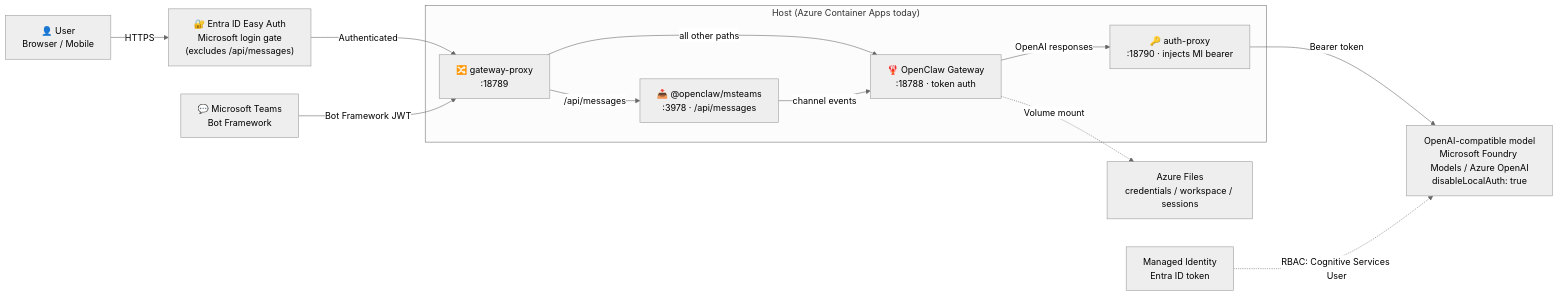
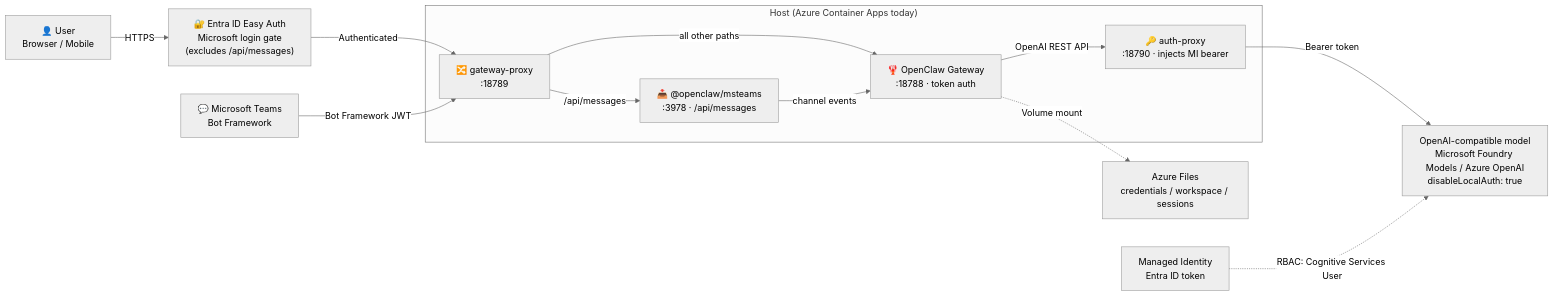
One commit to microsoft/openclaw-dev changed the diagram in README.md. Above: the diagram before and after it, drawn with Mermaid (neutral theme).

Commit message:
docs: mermaid model edge reads "OpenAI REST API", not "responses"
The README architecture mermaid diagram labeled the gateway -> auth-proxy
edge "OpenAI responses". The model is reached over the OpenAI-compatible
REST API (Chat Completions today), so this generalizes the label to
"OpenAI REST API", matching the fixed docs/architecture-sandbox.svg.

````diff
--- a/README.md
+++ b/README.md
@@ -104,26 +104,26 @@
 ```mermaid
 graph LR
     User["👤 User<br/>Browser / Mobile"]
     Teams["💬 Microsoft Teams<br/>Bot Framework"]
     EasyAuth["🔐 Entra ID Easy Auth<br/>Microsoft login gate<br/>(excludes /api/messages)"]
     subgraph Host["Host (Azure Container Apps today)"]
         Proxy["🔀 gateway-proxy<br/>:18789"]
         GW["🦞 OpenClaw Gateway<br/>:18788 · token auth"]
         MST["📥 @openclaw/msteams<br/>:3978 · /api/messages"]
         Auth["🔑 auth-proxy<br/>:18790 · injects MI bearer"]
     end
     AOAI["OpenAI-compatible model<br/>Microsoft Foundry Models / Azure OpenAI<br/>disableLocalAuth: true"]
     MI["Managed Identity<br/>Entra ID token"]
     AF["Azure Files<br/>credentials / workspace / sessions"]
 
     User -->|"HTTPS"| EasyAuth
     EasyAuth -->|"Authenticated"| Proxy
     Teams -->|"Bot Framework JWT"| Proxy
     Proxy -->|"/api/messages"| MST
     Proxy -->|"all other paths"| GW
     MST -->|"channel events"| GW
-    GW -->|"OpenAI responses"| Auth
+    GW -->|"OpenAI REST API"| Auth
     Auth -->|"Bearer token"| AOAI
     GW -.->|"Volume mount"| AF
     MI -.->|"RBAC: Cognitive Services User"| AOAI
 ```
````
